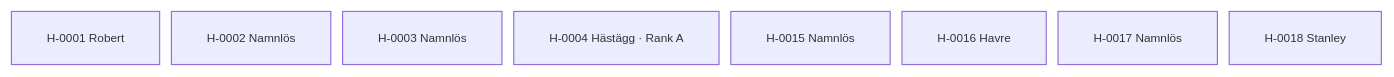
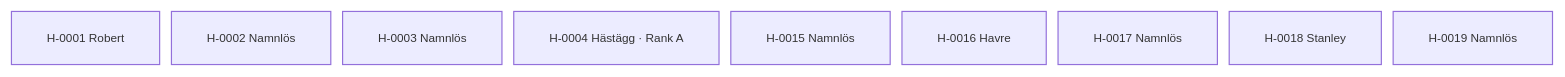
The diagram in content/02. Register/02.3 Stamtavlor/Fristående hästar.md (awoltmp/horse-registry), drawn with Mermaid before and after one commit. The commit also changed other lines of this file and 60 other files, not shown here.

````diff
--- a/content/02. Register/02.3 Stamtavlor/Fristående hästar.md
+++ b/content/02. Register/02.3 Stamtavlor/Fristående hästar.md
@@ -26,13 +26,14 @@
 ```mermaid
 %%{init: {"flowchart": {"nodeSpacing": 10, "rankSpacing": 18, "curve": "basis", "htmlLabels": true}, "themeVariables": {"fontSize": "10px"}}}%%
 flowchart TB
     h0["H-0001 Robert"]
     h1["H-0002 Namnlös"]
     h2["H-0003 Namnlös"]
     h3["H-0004 Hästägg · Rank A"]
     h4["H-0015 Namnlös"]
     h5["H-0016 Havre"]
     h6["H-0017 Namnlös"]
     h7["H-0018 Stanley"]
-    class h0,h1,h2,h3,h4,h5,h6,h7 internal-link;
+    h8["H-0019 Namnlös"]
+    class h0,h1,h2,h3,h4,h5,h6,h7,h8 internal-link;
 ```
````
